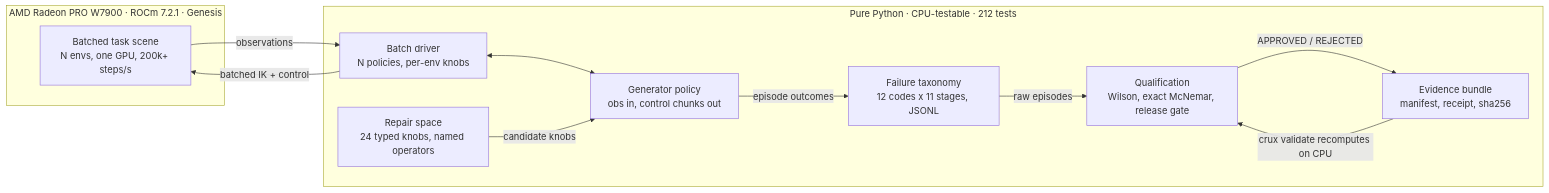
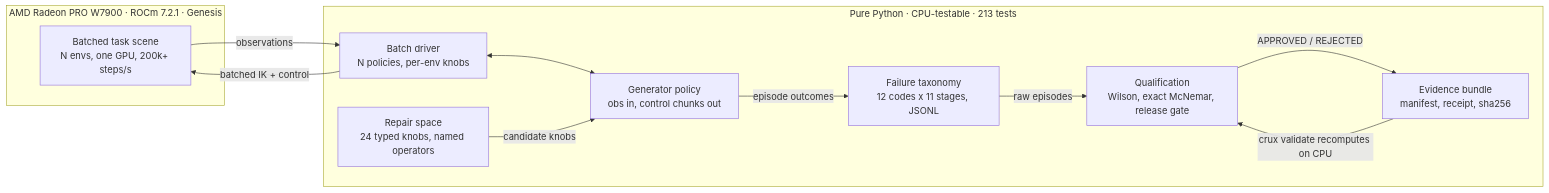
Before and after one commit to Enoch208/Crux: the diagram in README.md, drawn with Mermaid. The commit also changed other lines of this file and 13 other files, not shown here.

````diff
--- a/README.md
+++ b/README.md
@@ -119,22 +119,22 @@
 ```mermaid
 flowchart LR
     subgraph GPU["AMD Radeon PRO W7900 · ROCm 7.2.1 · Genesis"]
         SCENE["Batched task scene<br/>N envs, one GPU, 200k+ steps/s"]
     end
-    subgraph CPU["Pure Python · CPU-testable · 212 tests"]
+    subgraph CPU["Pure Python · CPU-testable · 213 tests"]
         POLICY["Generator policy<br/>obs in, control chunks out"]
         DRIVER["Batch driver<br/>N policies, per-env knobs"]
         TAX["Failure taxonomy<br/>12 codes x 11 stages, JSONL"]
         REPAIR["Repair space<br/>24 typed knobs, named operators"]
         QUAL["Qualification<br/>Wilson, exact McNemar, release gate"]
         EVID["Evidence bundle<br/>manifest, receipt, sha256"]
     end
     DRIVER -->|batched IK + control| SCENE
     SCENE -->|observations| DRIVER
     DRIVER <--> POLICY
     POLICY -->|episode outcomes| TAX
     TAX -->|raw episodes| QUAL
     REPAIR -->|candidate knobs| POLICY
     QUAL -->|APPROVED / REJECTED| EVID
     EVID -->|crux validate recomputes on CPU| QUAL
 ```
````
